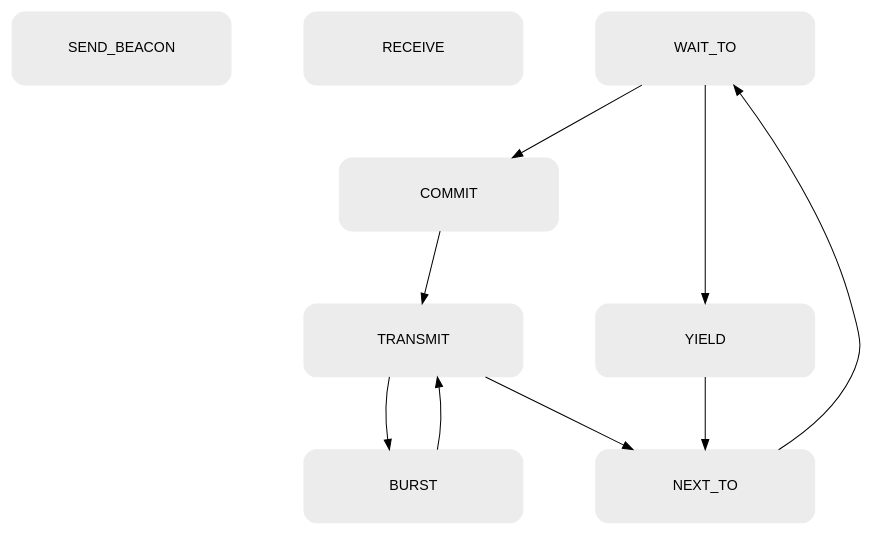
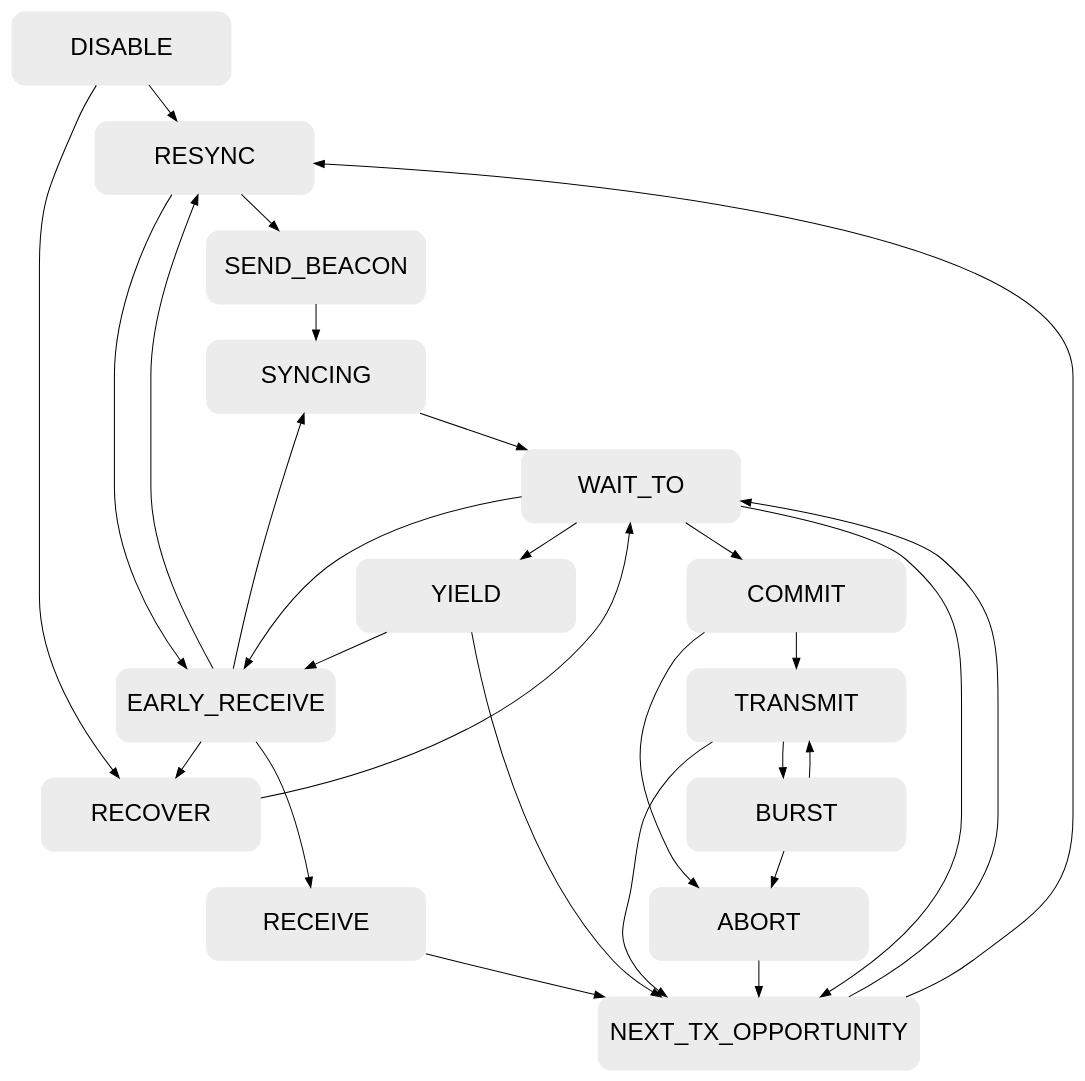
One commit to inet-framework/inet changed the diagram in src/inet/physicallayer/wired/ethernet/EthernetPlcaControlFsm.dot. Above: the diagram before and after it, drawn with Graphviz. The commit also changed 10 other files, not shown here.

```diff
--- a/src/inet/physicallayer/wired/ethernet/EthernetPlcaControlFsm.dot
+++ b/src/inet/physicallayer/wired/ethernet/EthernetPlcaControlFsm.dot
@@ -1,24 +1,49 @@
 digraph EthernetPlcaControlFsm {
-    nodesep = 1;
-    ranksep = 1;
-    node [shape=box, style="rounded,filled", color="#ECECEC", fontname="Arial", margin=0.15, height=1, width=3];
-    edge [fontname="Arial"];
+    nodesep = 0.5;
+    ranksep = 0.5;
+    node [shape=box, style="rounded,filled", color="#ECECEC", fontname="Arial", fontsize=24, margin=0.15, height=1, width=3];
+    edge [fontname="Arial", fontsize=24];
 
+    DISABLE;
+    RESYNC;
+    RECOVER;
     SEND_BEACON;
-    RECEIVE;
+    SYNCING;
     WAIT_TO;
+    EARLY_RECEIVE;
     COMMIT;
     YIELD;
+    RECEIVE;
     TRANSMIT;
     BURST;
-    NEXT_TO;
+    ABORT;
+    NEXT_TX_OPPORTUNITY;
 
+    DISABLE -> RESYNC [label=""];
+    DISABLE -> RECOVER [label=""];
+    RESYNC -> EARLY_RECEIVE [label=""];
+    RESYNC -> SEND_BEACON [label=""];
+    RECOVER -> WAIT_TO [label=""];
+    SEND_BEACON -> SYNCING [label=""];
+    SYNCING -> WAIT_TO [label=""];
+    WAIT_TO -> EARLY_RECEIVE [label=""];
     WAIT_TO -> COMMIT [label=""];
+    WAIT_TO -> NEXT_TX_OPPORTUNITY [label=""];
     WAIT_TO -> YIELD [label=""];
-    YIELD -> NEXT_TO [label=""];
+    EARLY_RECEIVE -> SYNCING [label=""];
+    EARLY_RECEIVE -> RESYNC [label=""];
+    EARLY_RECEIVE -> RECOVER [label=""];
+    EARLY_RECEIVE -> RECEIVE [label=""];
     COMMIT -> TRANSMIT [label=""];
+    COMMIT -> ABORT [label=""];
+    YIELD -> EARLY_RECEIVE [label=""];
+    YIELD -> NEXT_TX_OPPORTUNITY [label=""];
+    RECEIVE -> NEXT_TX_OPPORTUNITY [label=""];
+    TRANSMIT -> NEXT_TX_OPPORTUNITY [label=""];
     TRANSMIT -> BURST [label=""];
-    TRANSMIT -> NEXT_TO [label=""];
     BURST -> TRANSMIT [label=""];
-    NEXT_TO -> WAIT_TO [label=""];
+    BURST -> ABORT [label=""];
+    ABORT -> NEXT_TX_OPPORTUNITY [label=""];
+    NEXT_TX_OPPORTUNITY -> RESYNC [label=""];
+    NEXT_TX_OPPORTUNITY -> WAIT_TO [label=""];
 }
```
